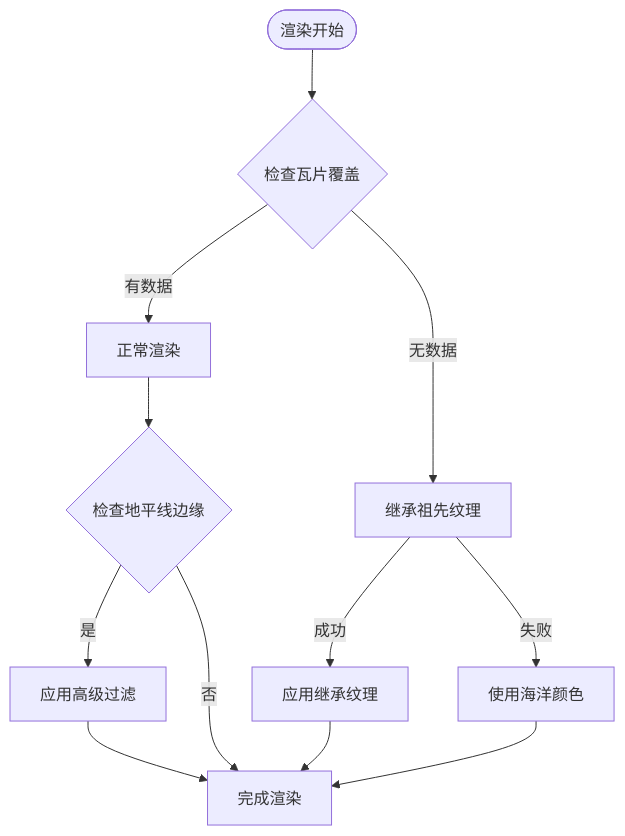
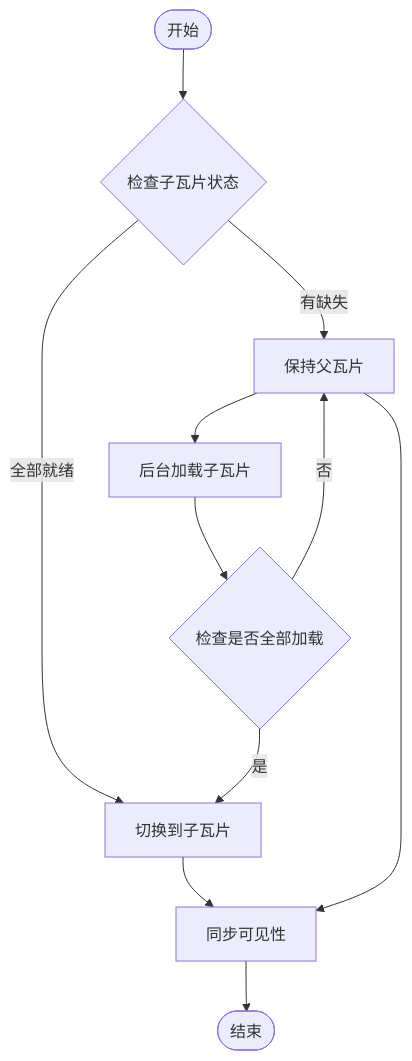
One commit to rzhangjing/cesium changed the eighth of 22 diagrams in .qoder/repowiki/zh/content/核心概念/渲染管线与场景图/动态地球渲染系统.md. Above: the diagram before and after it, drawn with Mermaid. The commit also changed other lines of this file and 3 other files, not shown here.

````diff
--- a/.qoder/repowiki/zh/content/核心概念/渲染管线与场景图/动态地球渲染系统.md
+++ b/.qoder/repowiki/zh/content/核心概念/渲染管线与场景图/动态地球渲染系统.md
@@ -363,14 +413,13 @@
 ```mermaid
 flowchart TD
-Start(["渲染开始"]) --> CheckCoverage{"检查瓦片覆盖"}
-CheckCoverage --> |有数据| RenderNormal["正常渲染"]
-CheckCoverage --> |无数据| InheritTex["继承祖先纹理"]
-InheritTex --> |成功| ApplyInherited["应用继承纹理"]
-InheritTex --> |失败| UseOcean["使用海洋颜色"]
-RenderNormal --> HorizonCheck{"检查地平线边缘"}
-HorizonCheck --> |是| ApplyFilter["应用高级过滤"]
-HorizonCheck --> |否| Complete["完成渲染"]
-ApplyInherited --> Complete
-UseOcean --> Complete
-ApplyFilter --> Complete
+Start(["开始"]) --> CheckChildren{"检查子瓦片状态"}
+CheckChildren --> |全部就绪| SwitchToChildren["切换到子瓦片"]
+CheckChildren --> |有缺失| KeepParent["保持父瓦片"]
+KeepParent --> LoadChildren["后台加载子瓦片"]
+LoadChildren --> CheckAllLoaded{"检查是否全部加载"}
+CheckAllLoaded --> |是| SwitchToChildren
+CheckAllLoaded --> |否| KeepParent
+SwitchToChildren --> SyncVis["同步可见性"]
+KeepParent --> SyncVis
+SyncVis --> End(["结束"])
 ```
````
